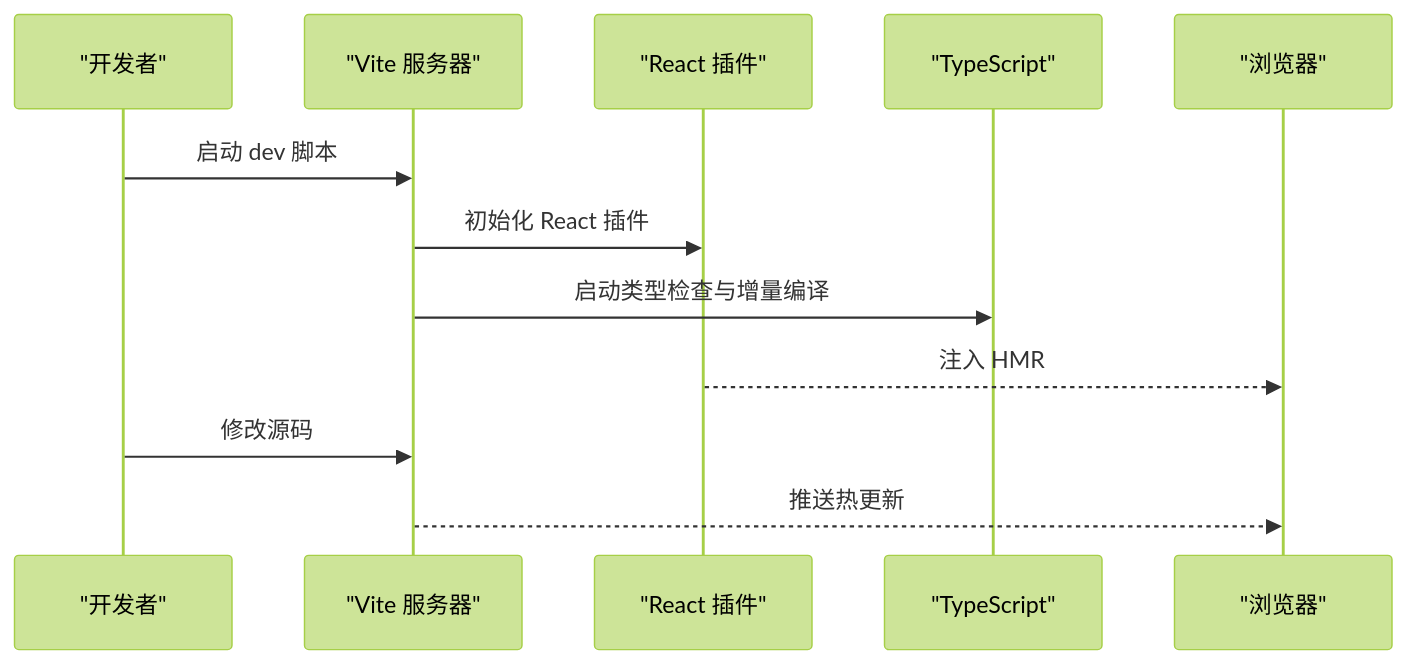
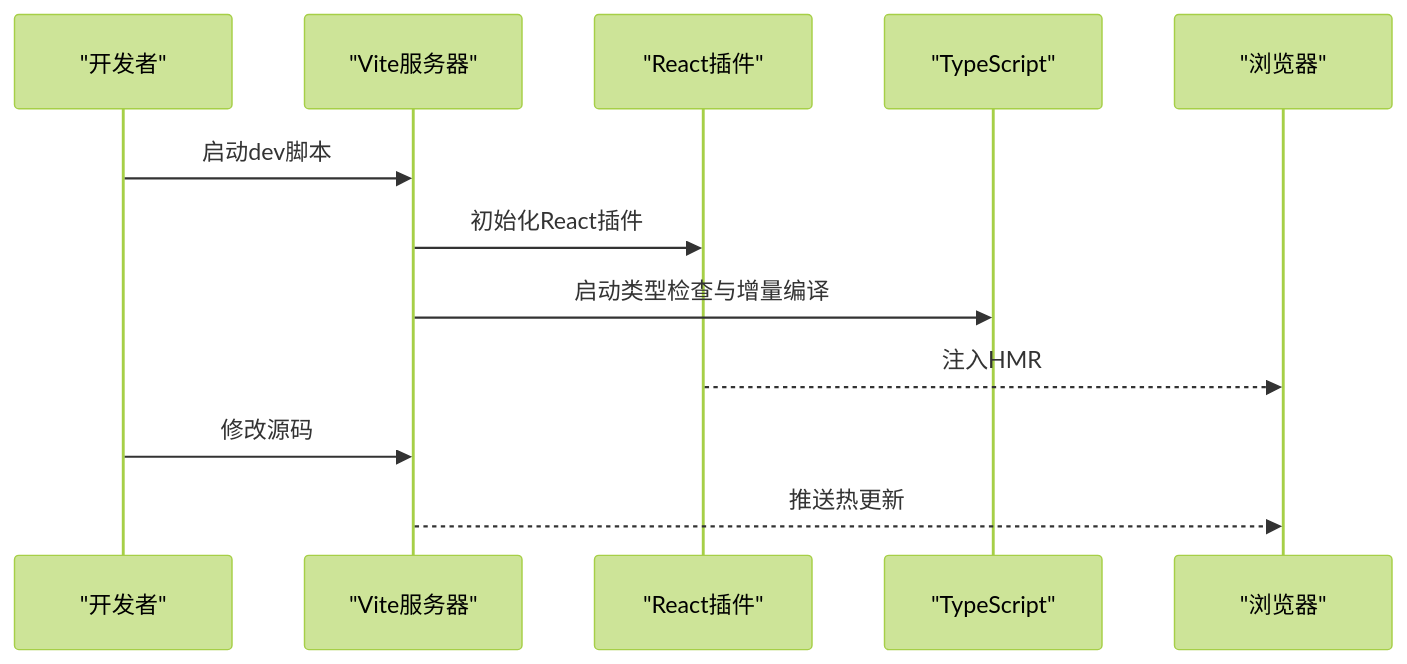
One commit to xianjianshenqu/SalesFlow-CRM changed the fifth of 12 diagrams in .qoder/repowiki/zh/content/架构设计/技术栈架构.md. Above: the diagram before and after it, drawn with Mermaid (forest theme). The commit also changed other lines of this file and 17 other files, not shown here.

````diff
--- a/.qoder/repowiki/zh/content/架构设计/技术栈架构.md
+++ b/.qoder/repowiki/zh/content/架构设计/技术栈架构.md
@@ -212,14 +182,14 @@
 ```mermaid
 sequenceDiagram
 participant Dev as "开发者"
-participant Vite as "Vite 服务器"
-participant ReactP as "React 插件"
+participant Vite as "Vite服务器"
+participant ReactP as "React插件"
 participant TS as "TypeScript"
 participant Browser as "浏览器"
-Dev->>Vite : 启动 dev 脚本
-Vite->>ReactP : 初始化 React 插件
+Dev->>Vite : 启动dev脚本
+Vite->>ReactP : 初始化React插件
 Vite->>TS : 启动类型检查与增量编译
-ReactP-->>Browser : 注入 HMR
+ReactP-->>Browser : 注入HMR
 Dev->>Vite : 修改源码
 Vite-->>Browser : 推送热更新
 ```
````
